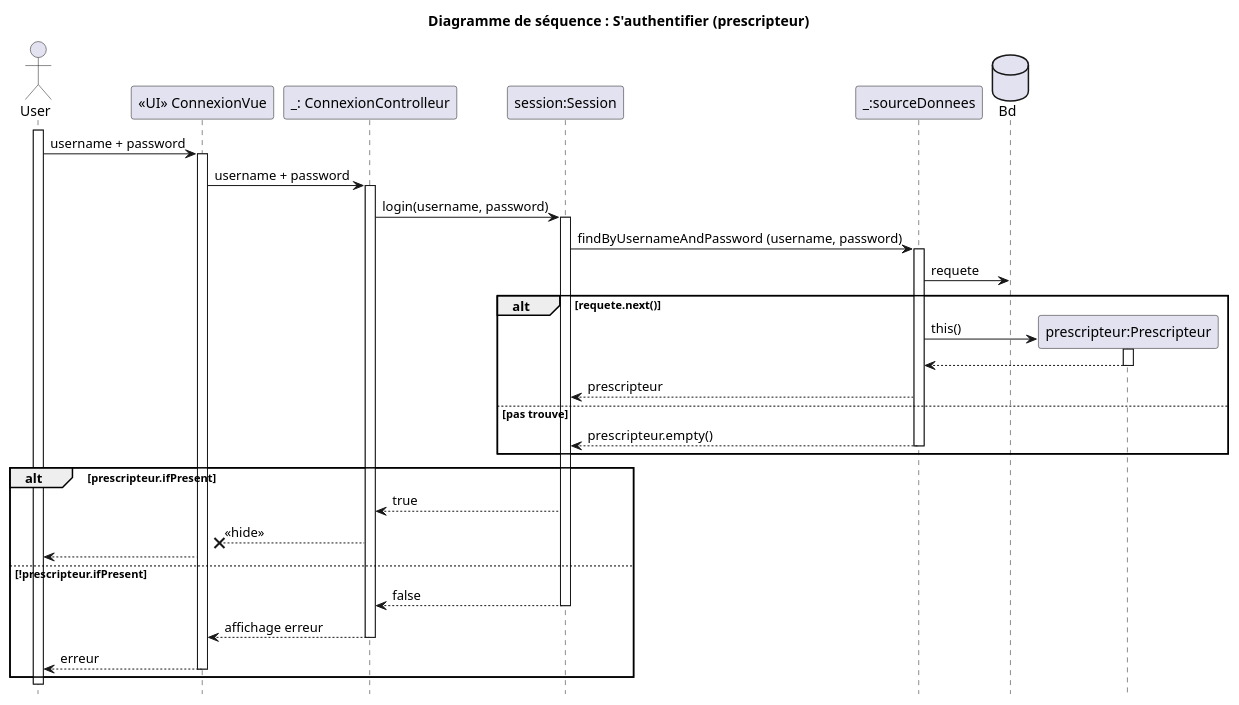
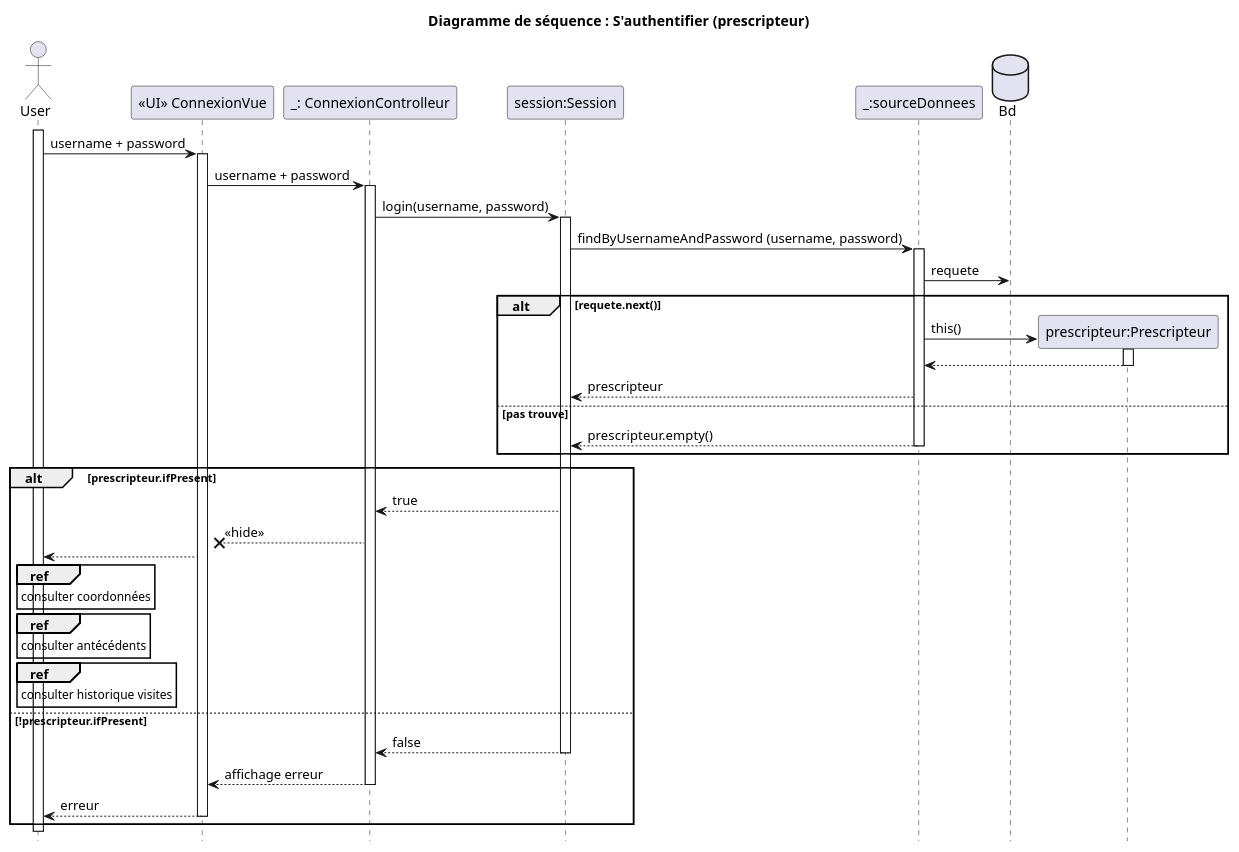
Before and after one commit to fethiuqam/INF5153-Projet-Session: the diagram in models/Diagramme_Sequences/S'authentifier/sequence_diagram_authentifier.puml, drawn with PlantUML. The commit also changed 1 other file, not shown here.

Commit message:
ajout justification GRASP (Utilisateur,Dossier,Visite,Antecedent,Patient) + ajustement diagram sequence S'authentifier

```diff
--- a/models/Diagramme_Sequences/S'authentifier/sequence_diagram_authentifier.puml
+++ b/models/Diagramme_Sequences/S'authentifier/sequence_diagram_authentifier.puml
@@ -1,52 +1,55 @@
 @startuml
 
 title Diagramme de séquence : S'authentifier (prescripteur)
 
 hide footbox
 
 actor "User" as usr
 
 participant "<<UI>> ConnexionVue" as cv
 participant "_: ConnexionControlleur" as cc
 participant "session:Session" as ses
 participant "_:sourceDonnees" as sd
 database "Bd" as bd
 
 activate usr
 usr -> cv : username + password
     activate cv
     cv -> cc : username + password
     activate cc
     cc -> ses : login(username, password)
     activate ses
     ses -> sd : findByUsernameAndPassword (username, password)
     activate sd
     sd -> bd : requete
     alt requete.next()
         create participant "prescripteur:Prescripteur" as pres
         sd -> pres : this()
         activate pres
         pres --> sd
         deactivate pres
         sd --> ses : prescripteur
     else pas trouve
         sd --> ses : prescripteur.empty()
         deactivate sd
     end
 
     alt prescripteur.ifPresent
         ses --> cc : true
         cc -->x cv : <<hide>>
         cv --> usr
+        ref over usr : consulter coordonnées
+        ref over usr : consulter antécédents
+        ref over usr : consulter historique visites
     else !prescripteur.ifPresent
         ses --> cc : false
         deactivate ses
         cc --> cv : affichage erreur
         deactivate cc
         cv --> usr : erreur
         deactivate cv
     end
 deactivate usr
 
 
 @enduml
```
